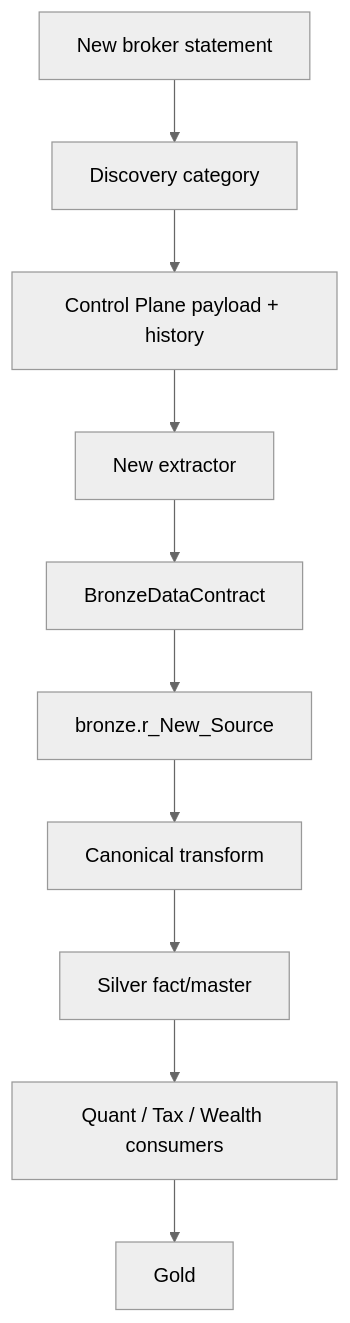
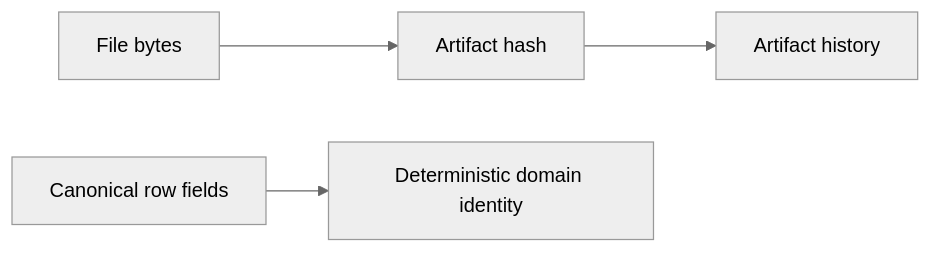
One commit to tks18/personal-finance-etl changed the third of 5 diagrams in docs/developer/adding-data-sources.md. Above: the diagram before and after it, drawn with Mermaid (neutral theme). The commit also changed other lines of this file and 8 other files, not shown here.

````diff
--- a/docs/developer/adding-data-sources.md
+++ b/docs/developer/adding-data-sources.md
@@ -242,15 +122,12 @@
 ```mermaid
-flowchart TB
-    NEW[New broker statement]
-    DISC[Discovery category]
-    CP[Control Plane payload + history]
-    EX[New extractor]
-    BC[BronzeDataContract]
-    BR[bronze.r_New_Source]
-    TF[Canonical transform]
-    SF[Silver fact/master]
-    ENG[Quant / Tax / Wealth consumers]
-    GOLD[Gold]
+flowchart LR
+    FILE[File bytes]
+    HASH[Artifact hash]
+    CP[Artifact history]
 
-    NEW --> DISC --> CP --> EX --> BC --> BR --> TF --> SF --> ENG --> GOLD
+    ROW[Canonical row fields]
+    ID[Deterministic domain identity]
+
+    FILE --> HASH --> CP
+    ROW --> ID
 ```
````
